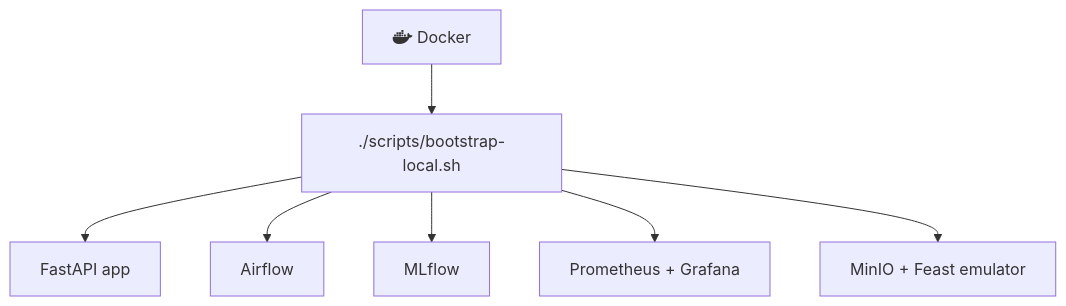
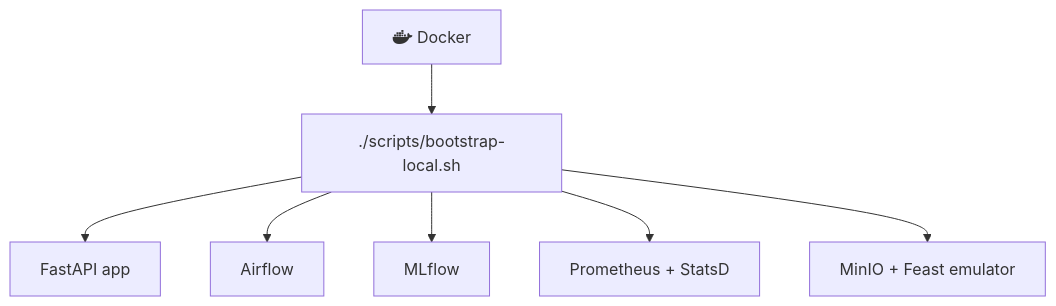
One commit to javihslu/foehncast changed the diagram in docs/site/getting-started.md. Above: the diagram before and after it, drawn with Mermaid. The commit also changed other lines of this file and 15 other files, not shown here.

```diff
--- a/docs/site/getting-started.md
+++ b/docs/site/getting-started.md
@@ -29,9 +28,9 @@
 <div class="mermaid">
 flowchart TD
   DOCKER["fab:fa-docker Docker"] --> BOOT["./scripts/bootstrap-local.sh"]
   BOOT --> APP["FastAPI app"]
   BOOT --> AIR["Airflow"]
   BOOT --> MLF["MLflow"]
-  BOOT --> MON["Prometheus + Grafana"]
+  BOOT --> MON["Prometheus + StatsD"]
   BOOT --> DATA["MinIO + Feast emulator"]
 </div>
```
